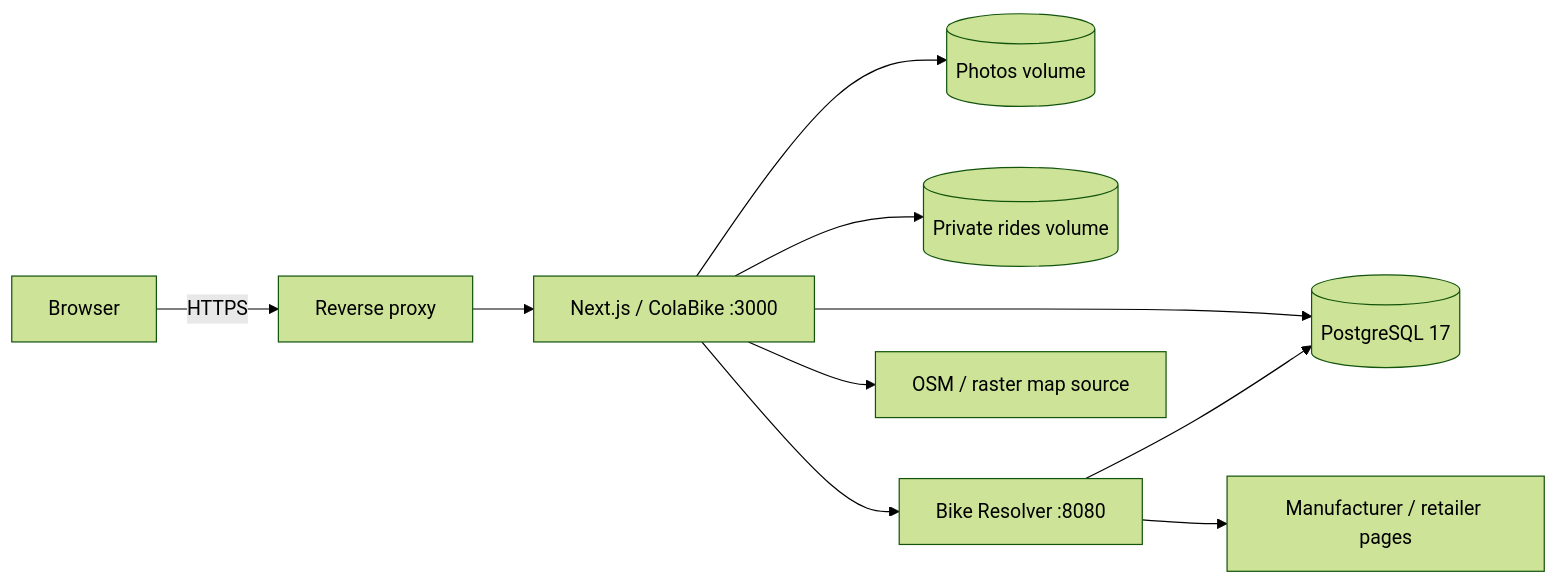
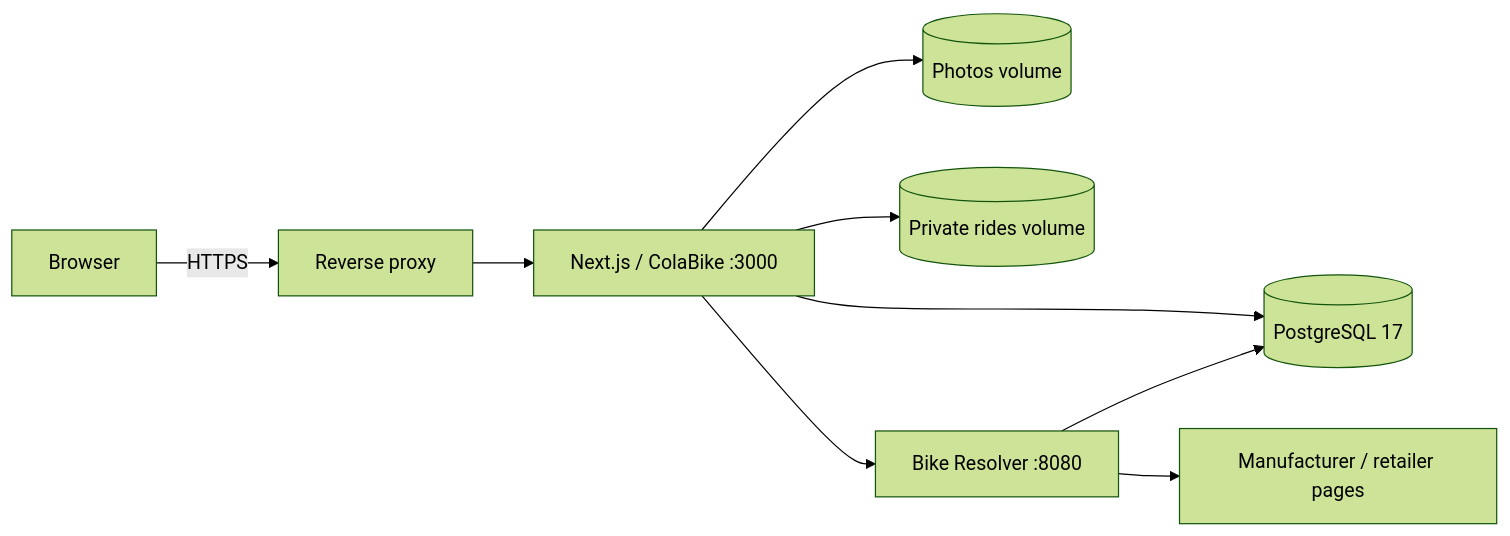
One commit to grayhex/cola changed the diagram in README.md. Above: the diagram before and after it, drawn with Mermaid (forest theme). The commit also changed other lines of this file and 40 other files, not shown here.

````diff
--- a/README.md
+++ b/README.md
@@ -140,14 +47,11 @@
 ```mermaid
 flowchart LR
-    U[Browser] -->|HTTPS| P[Reverse proxy]
-    P --> A[Next.js / ColaBike :3000]
-
-    A --> DB[(PostgreSQL 17)]
-    A --> PH[(Photos volume)]
-    A --> GPX[(Private rides volume)]
-    A --> R[Bike Resolver :8080]
-
-    R --> DB
-    R --> WEB[Manufacturer / retailer pages]
-    A --> MAP[OSM / raster map source]
+    Browser -->|HTTPS| Proxy[Reverse proxy]
+    Proxy --> App[Next.js / ColaBike :3000]
+    App --> DB[(PostgreSQL 17)]
+    App --> Photos[(Photos volume)]
+    App --> GPX[(Private rides volume)]
+    App --> Resolver[Bike Resolver :8080]
+    Resolver --> DB
+    Resolver --> Sources[Manufacturer / retailer pages]
 ```
````
